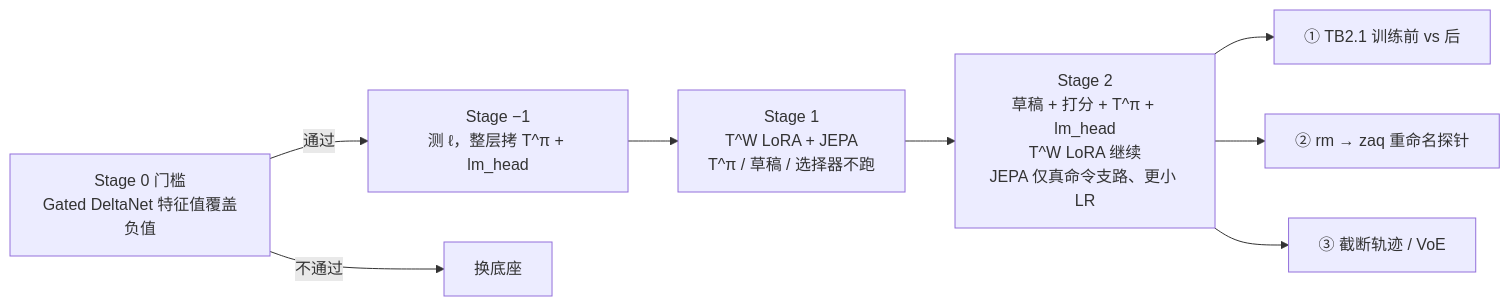
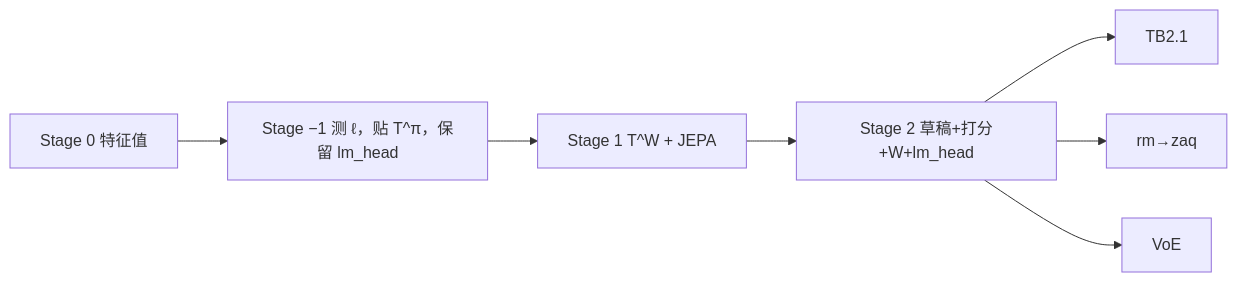
The second of 2 diagrams in AGENTS.md (MegaGimen/BIV), drawn with Mermaid before and after one commit. The commit also changed other lines of this file and 1 other file, not shown here.

First line of the commit message:
Record the backbone cut and linear W into Instruct lm_head.

````diff
--- a/AGENTS.md
+++ b/AGENTS.md
@@ -244,14 +222,10 @@
 ```mermaid
 flowchart LR
-    S0["Stage 0 门槛<br/>Gated DeltaNet 特征值覆盖负值"]
-    S0 -->|"通过"| SM
-    S0 -->|"不通过"| STOP["换底座"]
-
-    SM["Stage −1<br/>测 ℓ，整层拷 T^π + lm_head"]
-    SM --> S1["Stage 1<br/>T^W LoRA + JEPA<br/>T^π / 草稿 / 选择器不跑"]
-    S1 --> S2["Stage 2<br/>草稿 + 打分 + T^π + lm_head<br/>T^W LoRA 继续<br/>JEPA 仅真命令支路、更小 LR"]
-
-    S2 --> E1["① TB2.1 训练前 vs 后"]
-    S2 --> E2["② rm → zaq 重命名探针"]
-    S2 --> E3["③ 截断轨迹 / VoE"]
+    S0["Stage 0 特征值"]
+    S0 --> SM["Stage −1 测 ℓ，贴 T^π，保留 lm_head"]
+    SM --> S1["Stage 1 T^W + JEPA"]
+    S1 --> S2["Stage 2 草稿+打分+W+lm_head"]
+    S2 --> E1["TB2.1"]
+    S2 --> E2["rm→zaq"]
+    S2 --> E3["VoE"]
 ```
````
